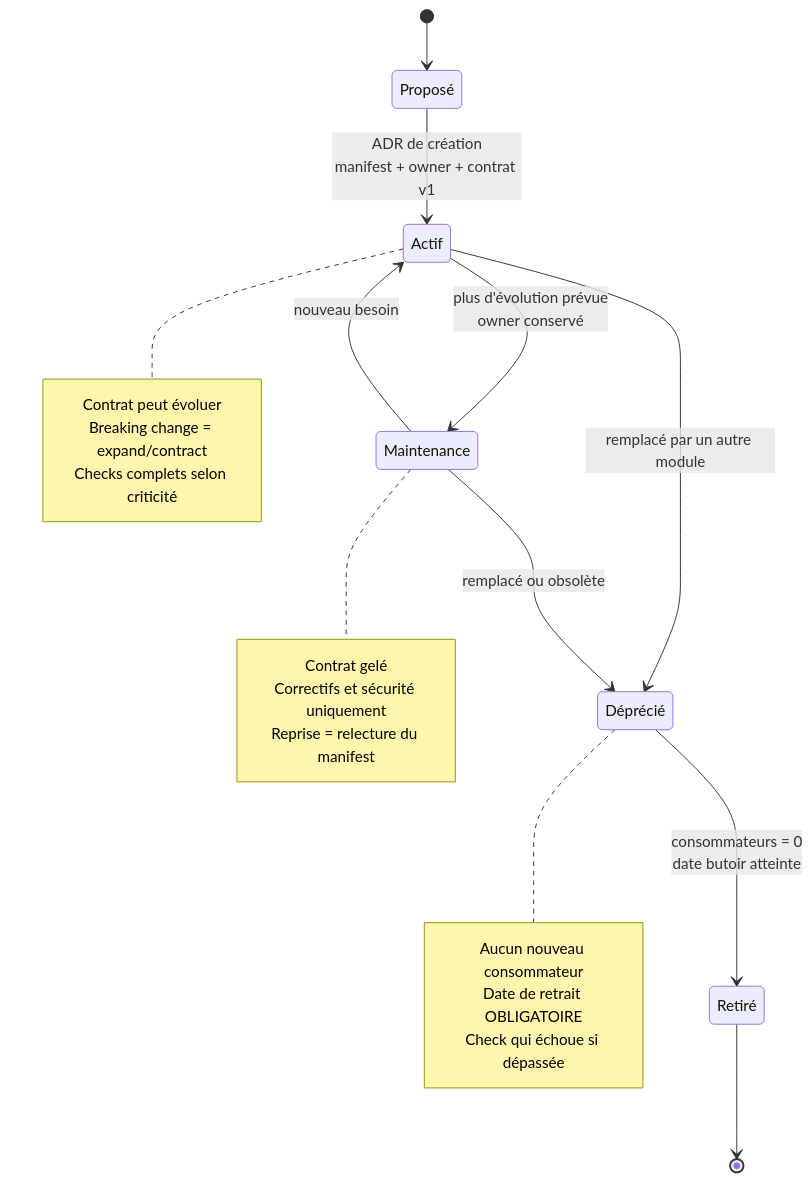
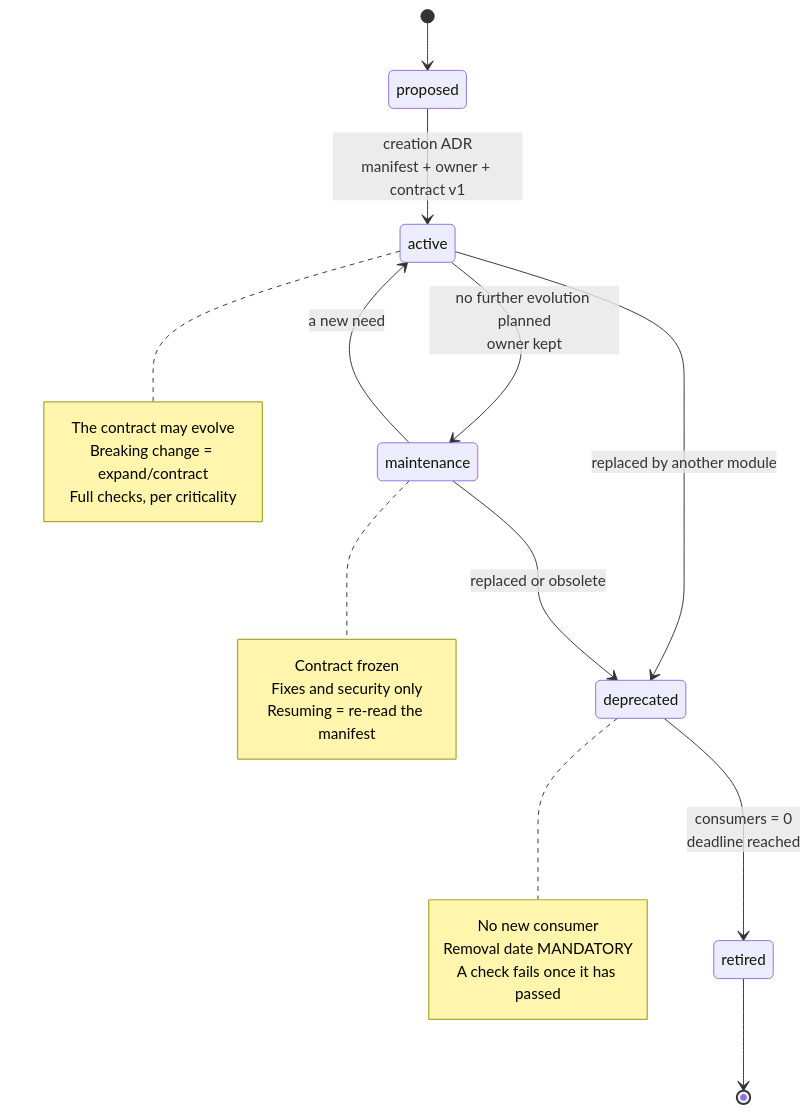
One commit to NapkinStack/engineering-os changed the fourth of 5 diagrams in skeleton/docs/os/02-modules.md. Above: the diagram before and after it, drawn with Mermaid. The commit also changed other lines of this file and 87 other files, not shown here.

````diff
--- a/skeleton/docs/os/02-modules.md
+++ b/skeleton/docs/os/02-modules.md
@@ -204,32 +207,32 @@
 ```mermaid
 stateDiagram-v2
-    [*] --> Proposé
-    Proposé --> Actif : ADR de création<br/>manifest + owner + contrat v1
+    [*] --> proposed
+    proposed --> active : creation ADR<br/>manifest + owner + contract v1
 
-    Actif --> Maintenance : plus d'évolution prévue<br/>owner conservé
-    Maintenance --> Actif : nouveau besoin
+    active --> maintenance : no further evolution planned<br/>owner kept
+    maintenance --> active : a new need
 
-    Actif --> Déprécié : remplacé par un autre module
-    Maintenance --> Déprécié : remplacé ou obsolète
+    active --> deprecated : replaced by another module
+    maintenance --> deprecated : replaced or obsolete
 
-    Déprécié --> Retiré : consommateurs = 0<br/>date butoir atteinte
-    Retiré --> [*]
+    deprecated --> retired : consumers = 0<br/>deadline reached
+    retired --> [*]
 
-    note right of Actif
-        Contrat peut évoluer
+    note right of active
+        The contract may evolve
         Breaking change = expand/contract
-        Checks complets selon criticité
+        Full checks, per criticality
     end note
 
-    note right of Maintenance
-        Contrat gelé
-        Correctifs et sécurité uniquement
-        Reprise = relecture du manifest
+    note right of maintenance
+        Contract frozen
+        Fixes and security only
+        Resuming = re-read the manifest
     end note
 
-    note right of Déprécié
-        Aucun nouveau consommateur
-        Date de retrait OBLIGATOIRE
-        Check qui échoue si dépassée
+    note right of deprecated
+        No new consumer
+        Removal date MANDATORY
+        A check fails once it has passed
     end note
 ```
````
